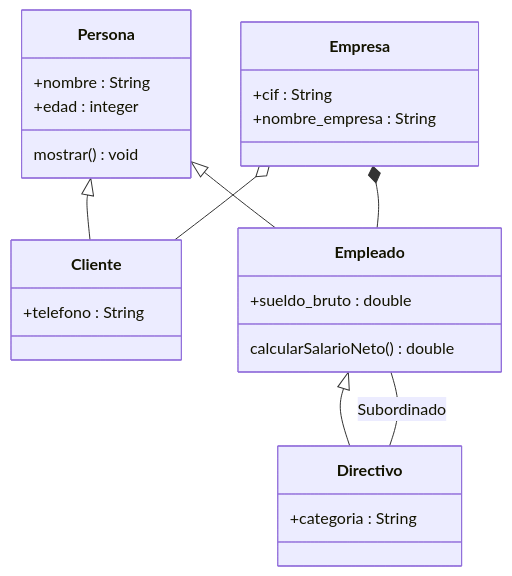
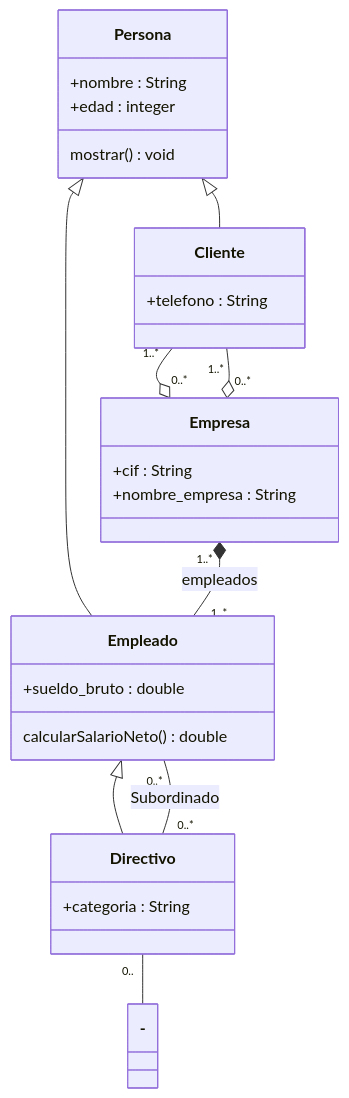
The diagram in src/markdown/Practica1_Markdown.md (mgi007/CoverageJUnitENTORNOS_DESARROLLO), drawn with Mermaid before and after one commit. The commit also changed other lines of this file and 3 other files, not shown here.

````diff
--- a/src/markdown/Practica1_Markdown.md
+++ b/src/markdown/Practica1_Markdown.md
@@ -3,35 +3,38 @@
 ``` mermaid
 classDiagram
 
     Persona <|-- Cliente
     Persona <|-- Empleado
     Empleado <|-- Directivo
     
-    Empresa o-- Cliente
-    Empresa *-- Empleado
-    Empleado -- Directivo : Subordinado
+    Empresa "0..*" o-- "1..*" Cliente
+    Empresa "1..*" *-- "1..*" Empleado : empleados
+    Empleado "0..*" -- "0..*" Directivo : Subordinado
+    
+    Cliente "1..*" --o "0..*" Empresa
+    Directivo "0.." ---
 
     class Persona {
         +nombre : String
         +edad : integer
         mostrar() void
     }
 
     class Empresa {
         +cif : String
         +nombre_empresa : String
     }
 
     class Empleado {
         +sueldo_bruto : double
         calcularSalarioNeto() double
     }
 
     class Cliente {
         +telefono : String
     }
 
     class Directivo {
         +categoria : String
     }
 ```
````
